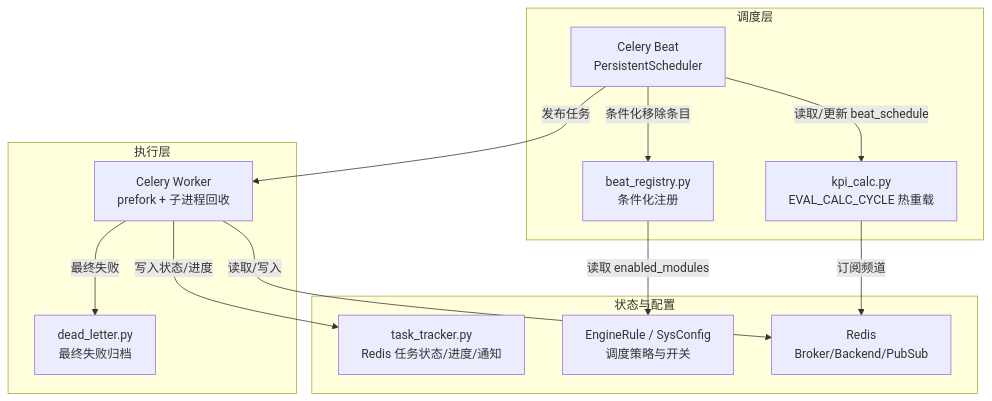
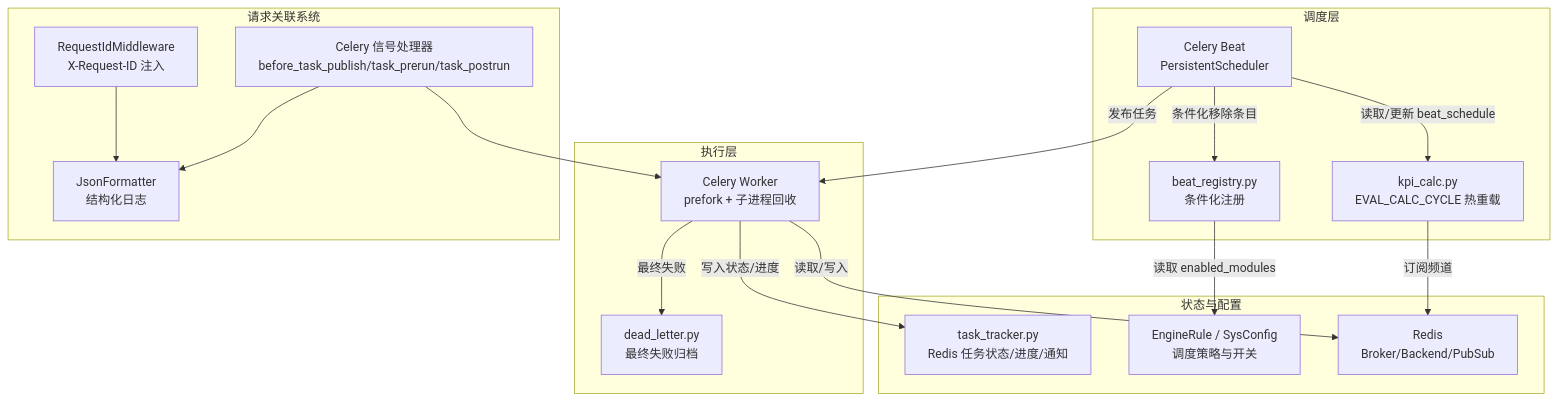
The first of 6 diagrams in .qoder/repowiki/zh/content/性能评估模块/任务调度系统/任务调度系统.md (hlszp/CLPM-MVP), drawn with Mermaid before and after one commit. The commit also changed other lines of this file and 207 other files, not shown here.

````diff
--- a/.qoder/repowiki/zh/content/性能评估模块/任务调度系统/任务调度系统.md
+++ b/.qoder/repowiki/zh/content/性能评估模块/任务调度系统/任务调度系统.md
@@ -47,25 +57,33 @@
 ```mermaid
 graph TB
 subgraph "调度层"
 BEAT["Celery Beat<br/>PersistentScheduler"]
 REG["beat_registry.py<br/>条件化注册"]
 KPI_RULES["kpi_calc.py<br/>EVAL_CALC_CYCLE 热重载"]
 end
 subgraph "执行层"
 WORKER["Celery Worker<br/>prefork + 子进程回收"]
 DLQ["dead_letter.py<br/>最终失败归档"]
 end
 subgraph "状态与配置"
 TRACKER["task_tracker.py<br/>Redis 任务状态/进度/通知"]
 DB["EngineRule / SysConfig<br/>调度策略与开关"]
 REDIS["Redis<br/>Broker/Backend/PubSub"]
 end
+subgraph "请求关联系统"
+MIDDLEWARE["RequestIdMiddleware<br/>X-Request-ID 注入"]
+LOGGING["JsonFormatter<br/>结构化日志"]
+SIGNALS["Celery 信号处理器<br/>before_task_publish/task_prerun/task_postrun"]
+end
 BEAT --> |读取/更新 beat_schedule| KPI_RULES
 BEAT --> |条件化移除条目| REG
 BEAT --> |发布任务| WORKER
 WORKER --> |写入状态/进度| TRACKER
 WORKER --> |最终失败| DLQ
 KPI_RULES --> |订阅频道| REDIS
 REG --> |读取 enabled_modules| DB
 WORKER --> |读取/写入| REDIS
+MIDDLEWARE --> LOGGING
+SIGNALS --> LOGGING
+SIGNALS --> WORKER
 ```
````
